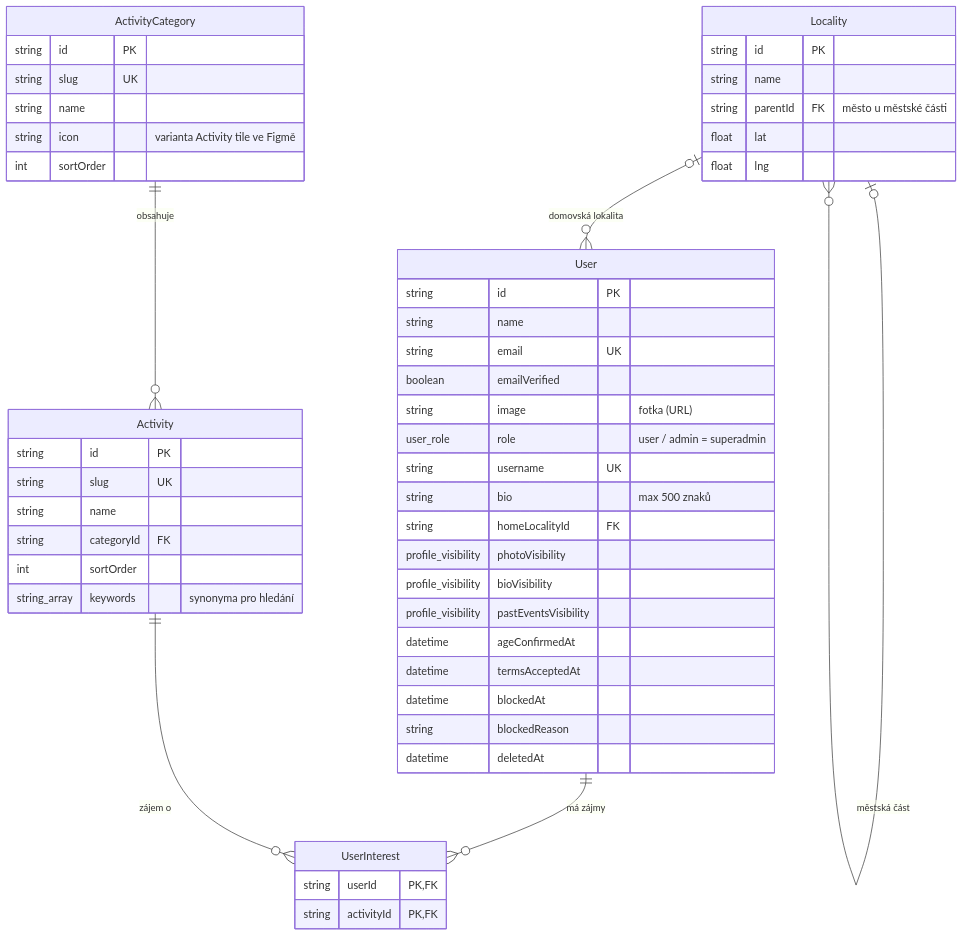
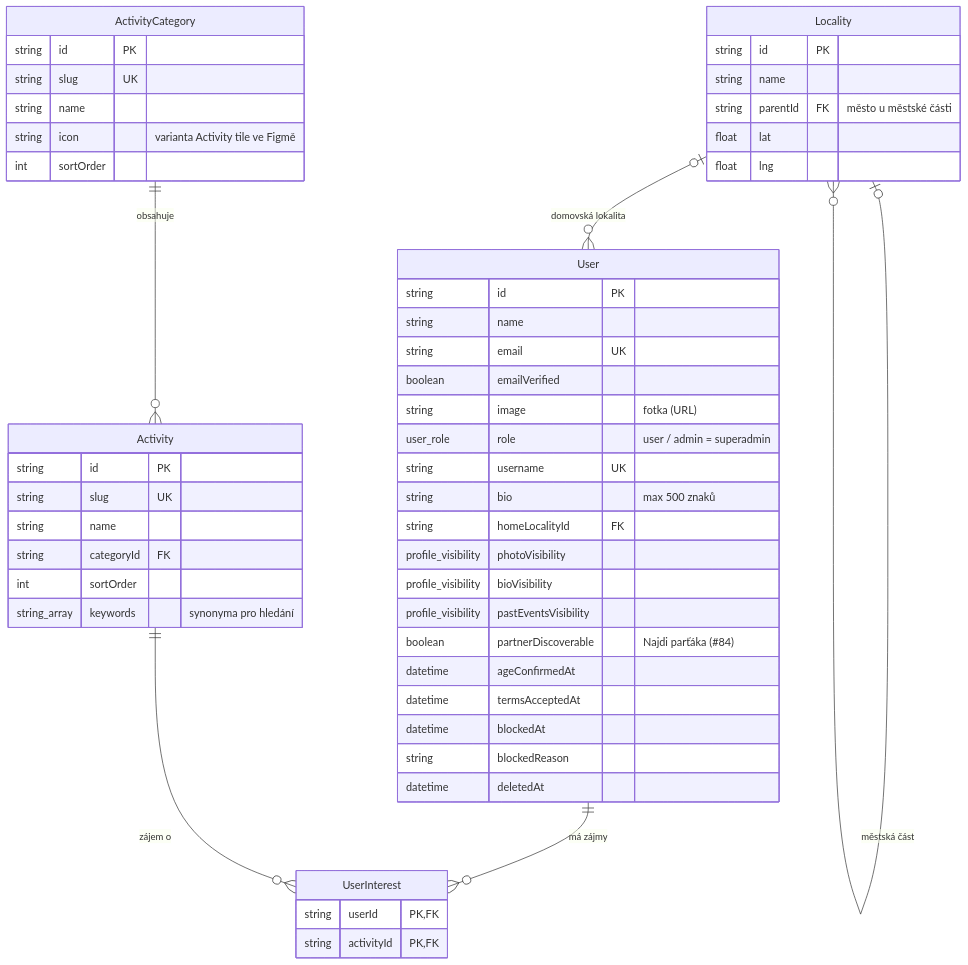
The first of 3 diagrams in docs/datovy-model.md (applifting-vsecourse/team-3), drawn with Mermaid before and after one commit. The commit also changed other lines of this file and 23 other files, not shown here.

First line of the commit message:
feat(partners): Najdi parťáka – balíček lidí z okolí, Teď ne, Vrátit a Přidat (#84)

````diff
--- a/docs/datovy-model.md
+++ b/docs/datovy-model.md
@@ -38,54 +39,55 @@
 ```mermaid
 erDiagram
     User ||--o{ UserInterest : "má zájmy"
     Activity ||--o{ UserInterest : "zájem o"
     ActivityCategory ||--o{ Activity : "obsahuje"
     Locality |o--o{ Locality : "městská část"
     Locality |o--o{ User : "domovská lokalita"
 
     User {
         string id PK
         string name
         string email UK
         boolean emailVerified
         string image "fotka (URL)"
         user_role role "user / admin = superadmin"
         string username UK
         string bio "max 500 znaků"
         string homeLocalityId FK
         profile_visibility photoVisibility
         profile_visibility bioVisibility
         profile_visibility pastEventsVisibility
+        boolean partnerDiscoverable "Najdi parťáka (#84)"
         datetime ageConfirmedAt
         datetime termsAcceptedAt
         datetime blockedAt
         string blockedReason
         datetime deletedAt
     }
     UserInterest {
         string userId PK, FK
         string activityId PK, FK
     }
     ActivityCategory {
         string id PK
         string slug UK
         string name
         string icon "varianta Activity tile ve Figmě"
         int sortOrder
     }
     Activity {
         string id PK
         string slug UK
         string name
         string categoryId FK
         int sortOrder
         string_array keywords "synonyma pro hledání"
     }
     Locality {
         string id PK
         string name
         string parentId FK "město u městské části"
         float lat
         float lng
     }
 ```
````
